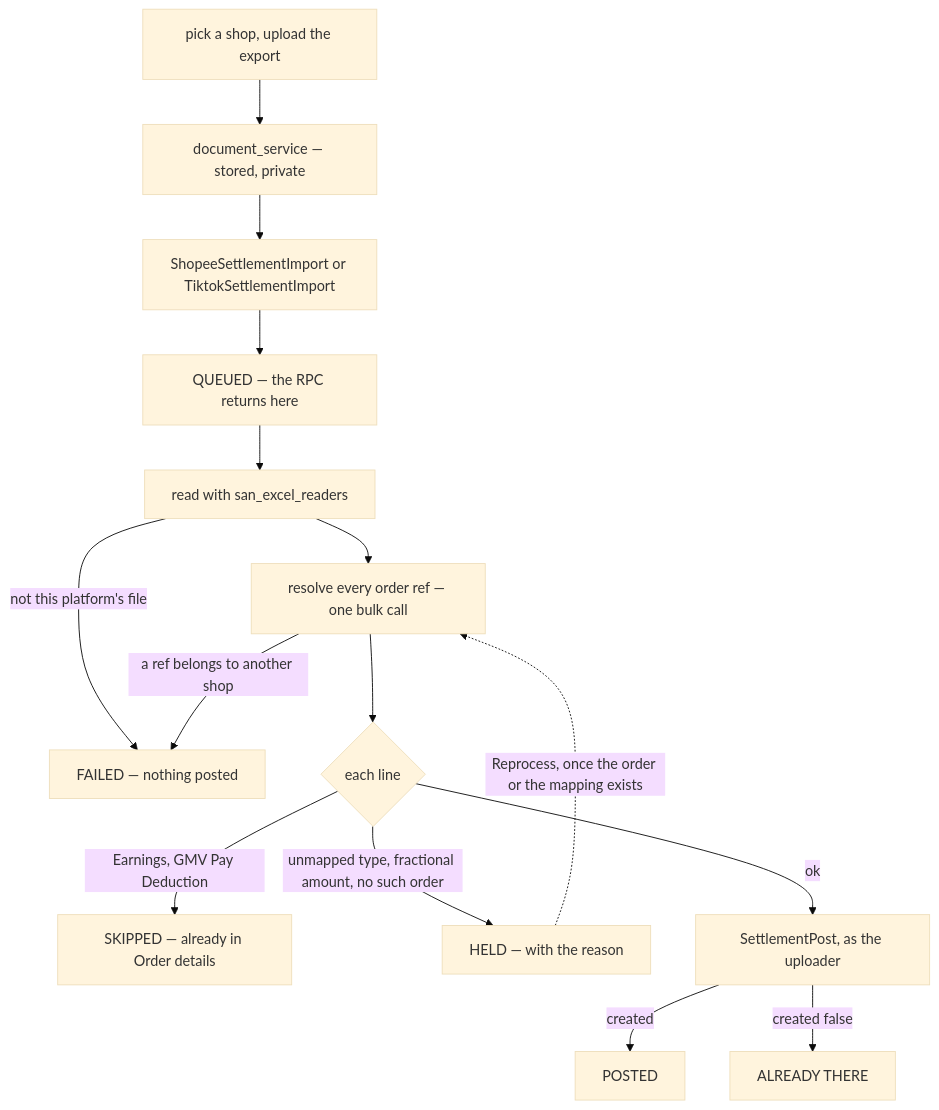
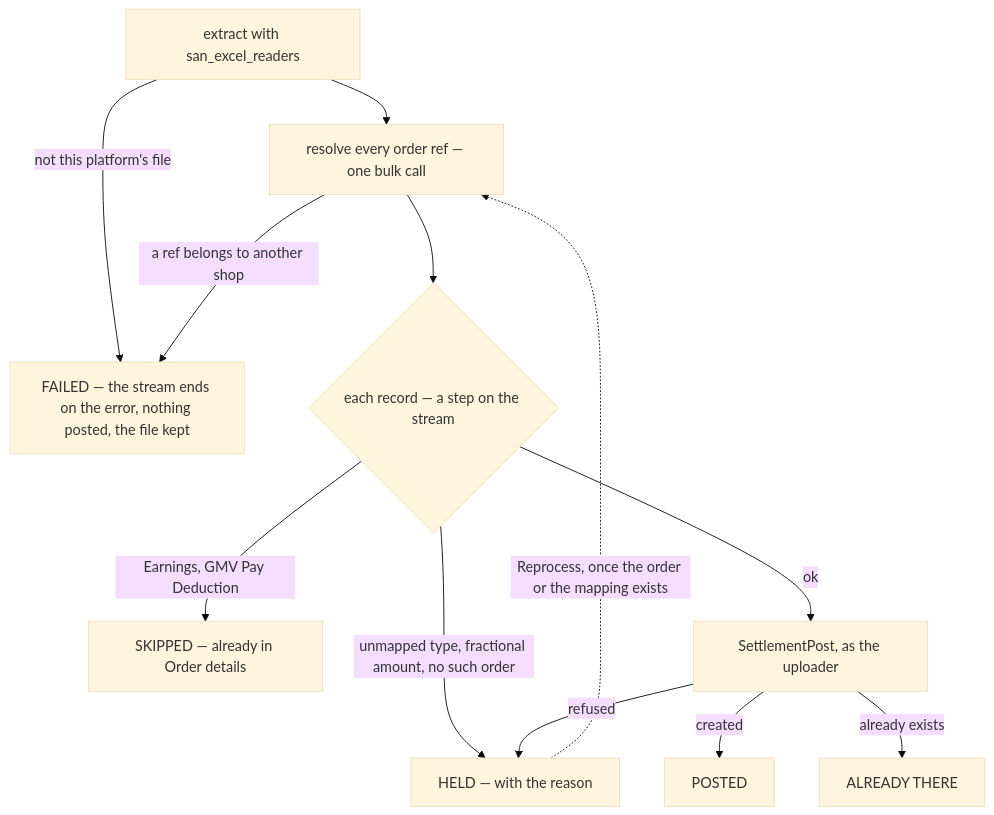
The fourth of 7 diagrams in docs/business/settlement/settlement_importer_clarify.md (pdcgo/warehouse_revamp), drawn with Mermaid (base theme) before and after one commit. The commit also changed other lines of this file and 3 other files, not shown here.

First line of the commit message:
settlement_importer: re-examine the streamed flow — the interceptor refuses every stream

````diff
--- a/docs/business/settlement/settlement_importer_clarify.md
+++ b/docs/business/settlement/settlement_importer_clarify.md
@@ -82,17 +132,14 @@
 ```mermaid
 flowchart TD
-  U["pick a shop, upload the export"] --> D["document_service — stored, private"]
-  D --> I["ShopeeSettlementImport or TiktokSettlementImport"]
-  I --> Q["QUEUED — the RPC returns here"]
-  Q --> P["read with san_excel_readers"]
-  P -->|"not this platform's file"| F["FAILED — nothing posted"]
+  P["extract with san_excel_readers"] -->|"not this platform's file"| F["FAILED — the stream ends on the error, nothing posted, the file kept"]
   P --> R["resolve every order ref — one bulk call"]
   R -->|"a ref belongs to another shop"| F
-  R --> L{"each line"}
+  R --> L{"each record — a step on the stream"}
   L -->|"Earnings, GMV Pay Deduction"| SK["SKIPPED — already in Order details"]
   L -->|"unmapped type, fractional amount, no such order"| H["HELD — with the reason"]
   L -->|"ok"| W["SettlementPost, as the uploader"]
   W -->|"created"| PO["POSTED"]
-  W -->|"created false"| EX["ALREADY THERE"]
+  W -->|"already exists"| EX["ALREADY THERE"]
+  W -->|"refused"| H
   H -.->|"Reprocess, once the order or the mapping exists"| R
 ```
````
